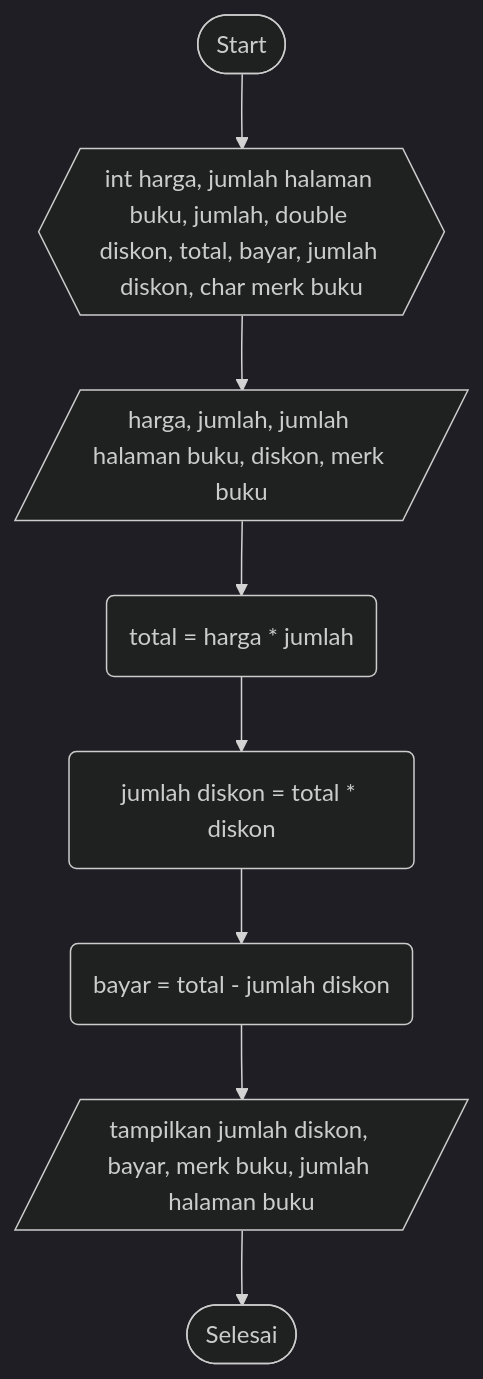
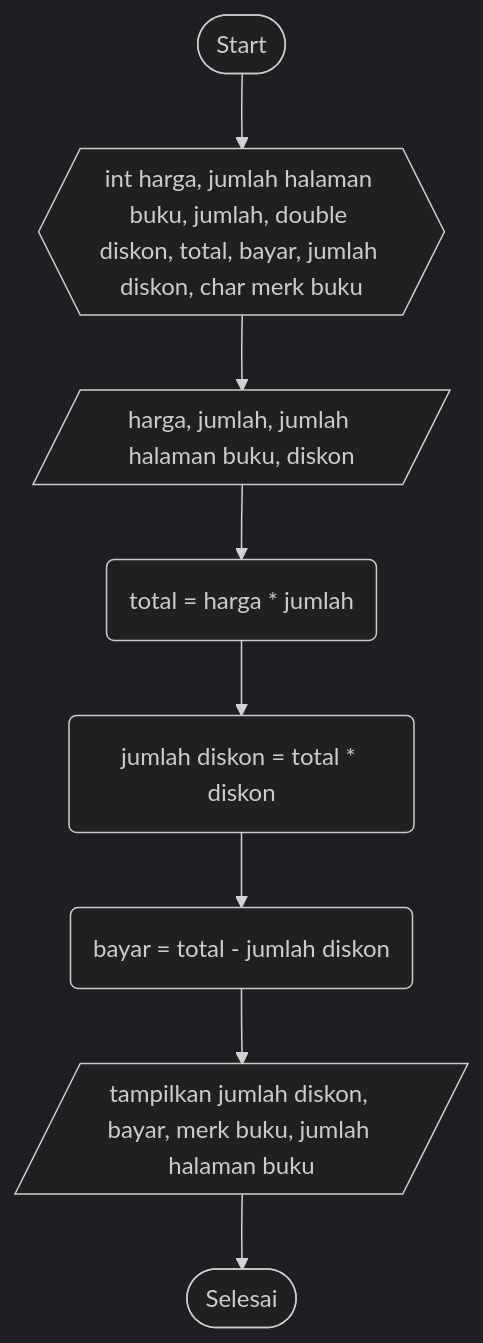
The diagram in justforfun3.md (SATRIODIANNUGROHO/Sample2.1), drawn with Mermaid (dark theme) before and after one commit.

````diff
--- a/justforfun3.md
+++ b/justforfun3.md
@@ -3,10 +3,10 @@
 ```mermaid
 graph TD;
     A([Start])-->B{{int harga, jumlah halaman buku, jumlah, double diskon, total, bayar, jumlah diskon, char merk buku}};
-    B{{int harga, jumlah halaman buku, jumlah, double diskon, total, bayar, jumlah diskon, char merk buku}}-->C[/harga, jumlah, jumlah halaman buku, diskon, merk buku/];
-    C[/harga, jumlah, jumlah halaman buku, diskon, merk buku/]-->D(total = harga * jumlah);
+    B{{int harga, jumlah halaman buku, jumlah, double diskon, total, bayar, jumlah diskon, char merk buku}}-->C[/harga, jumlah, jumlah halaman buku, diskon/];
+    C[/harga, jumlah, jumlah halaman buku, diskon/]-->D(total = harga * jumlah);
     D(total = harga * jumlah)-->E(jumlah diskon = total * diskon);
     E(jumlah diskon = total * diskon)-->F(bayar = total - jumlah diskon);
     F(bayar = total - jumlah diskon)-->G[/tampilkan jumlah diskon, bayar, merk buku, jumlah halaman buku/];
     G[/tampilkan jumlah diskon, bayar, merk buku, jumlah halaman buku/]-->H([Selesai]);
 ```
````
